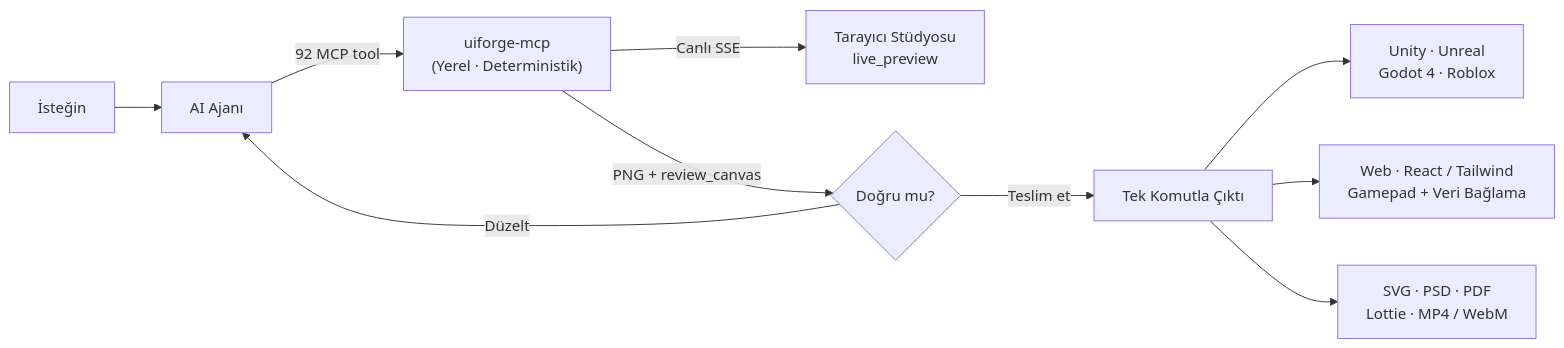
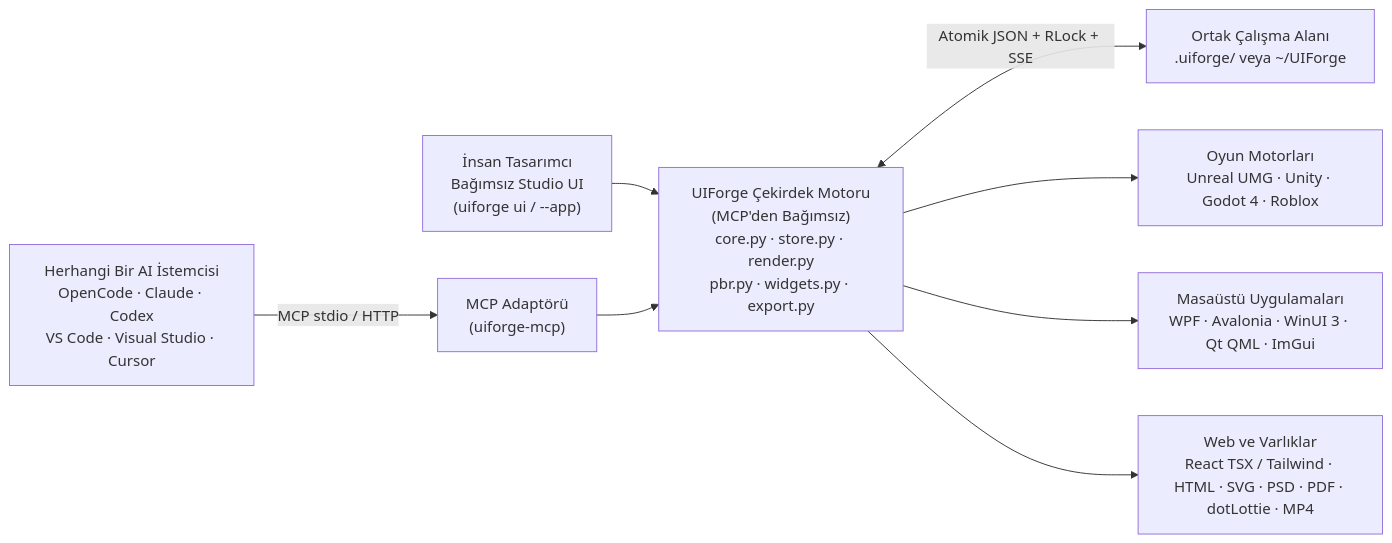
Before and after one commit to TENETTE/uiforge-mcp: the diagram in README.tr.md, drawn with Mermaid. The commit also changed other lines of this file and 53 other files, not shown here.

Commit message:
Release v0.15.0: Standalone Human Studio UI, 3 Runtime Modes, Shared Core, 142 Icons, UE5 UMG & Full Docs Overhaul

````diff
--- a/README.tr.md
+++ b/README.tr.md
@@ -169,12 +61,9 @@
 ```mermaid
 flowchart LR
-    U["İsteğin"] --> A["AI Ajanı"]
-    A -->|"92 MCP tool"| S["uiforge-mcp<br/>(Yerel · Deterministik)"]
-    S -->|"Canlı SSE"| L["Tarayıcı Stüdyosu<br/>live_preview"]
-    S -->|"PNG + review_canvas"| C{"Doğru mu?"}
-    C -->|"Düzelt"| A
-    C -->|"Teslim et"| E["Tek Komutla Çıktı"]
-    E --> G1["Unity · Unreal<br/>Godot 4 · Roblox"]
-    E --> G2["Web · React / Tailwind<br/>Gamepad + Veri Bağlama"]
-    E --> G3["SVG · PSD · PDF<br/>Lottie · MP4 / WebM"]
+    H["İnsan Tasarımcı<br/>Bağımsız Studio UI<br/>(uiforge ui / --app)"] --> C["UIForge Çekirdek Motoru<br/>(MCP'den Bağımsız)<br/>core.py · store.py · render.py<br/>pbr.py · widgets.py · export.py"]
+    A["Herhangi Bir AI İstemcisi<br/>OpenCode · Claude · Codex<br/>VS Code · Visual Studio · Cursor"] -->|"MCP stdio / HTTP"| M["MCP Adaptörü<br/>(uiforge-mcp)"] --> C
+    C <-->|"Atomik JSON + RLock + SSE"| W["Ortak Çalışma Alanı<br/>.uiforge/ veya ~/UIForge"]
+    C --> E1["Oyun Motorları<br/>Unreal UMG · Unity · Godot 4 · Roblox"]
+    C --> E2["Masaüstü Uygulamaları<br/>WPF · Avalonia · WinUI 3 · Qt QML · ImGui"]
+    C --> E3["Web ve Varlıklar<br/>React TSX / Tailwind · HTML · SVG · PSD · PDF · dotLottie · MP4"]
 ```
````
